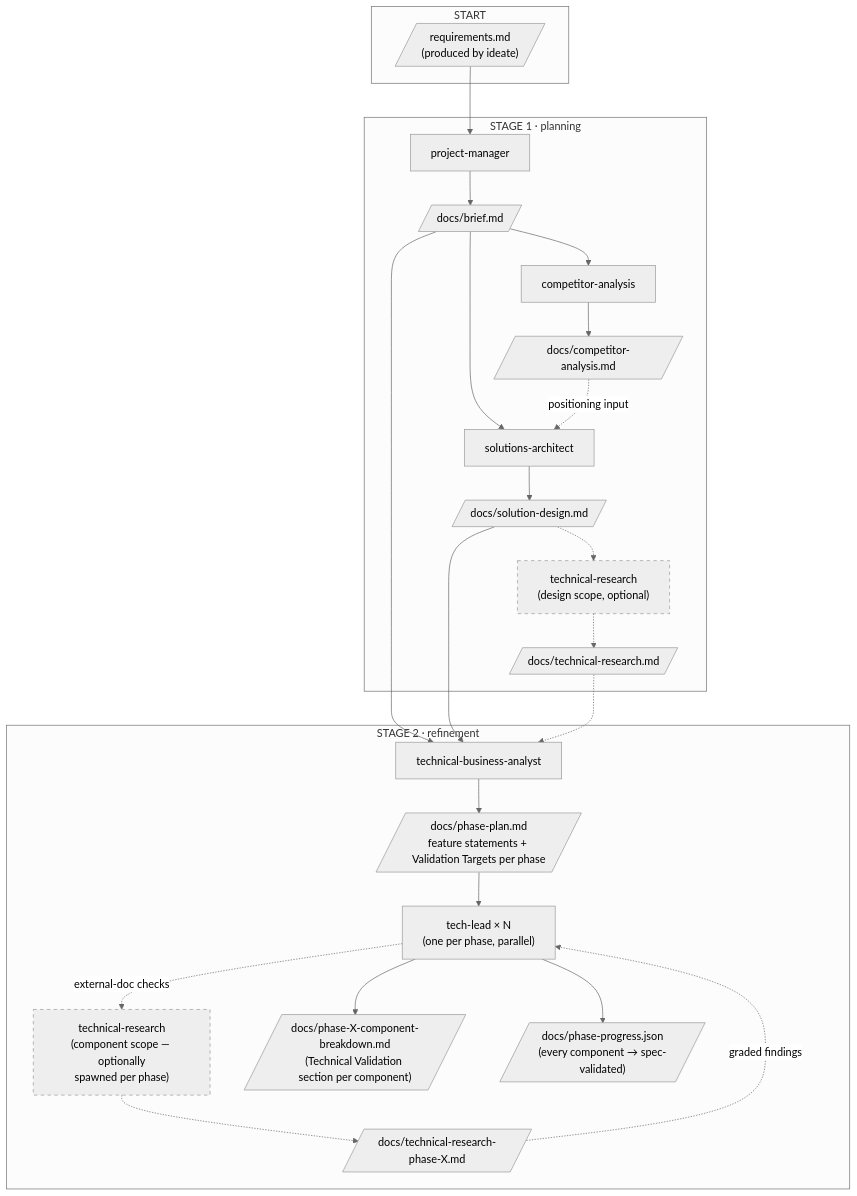
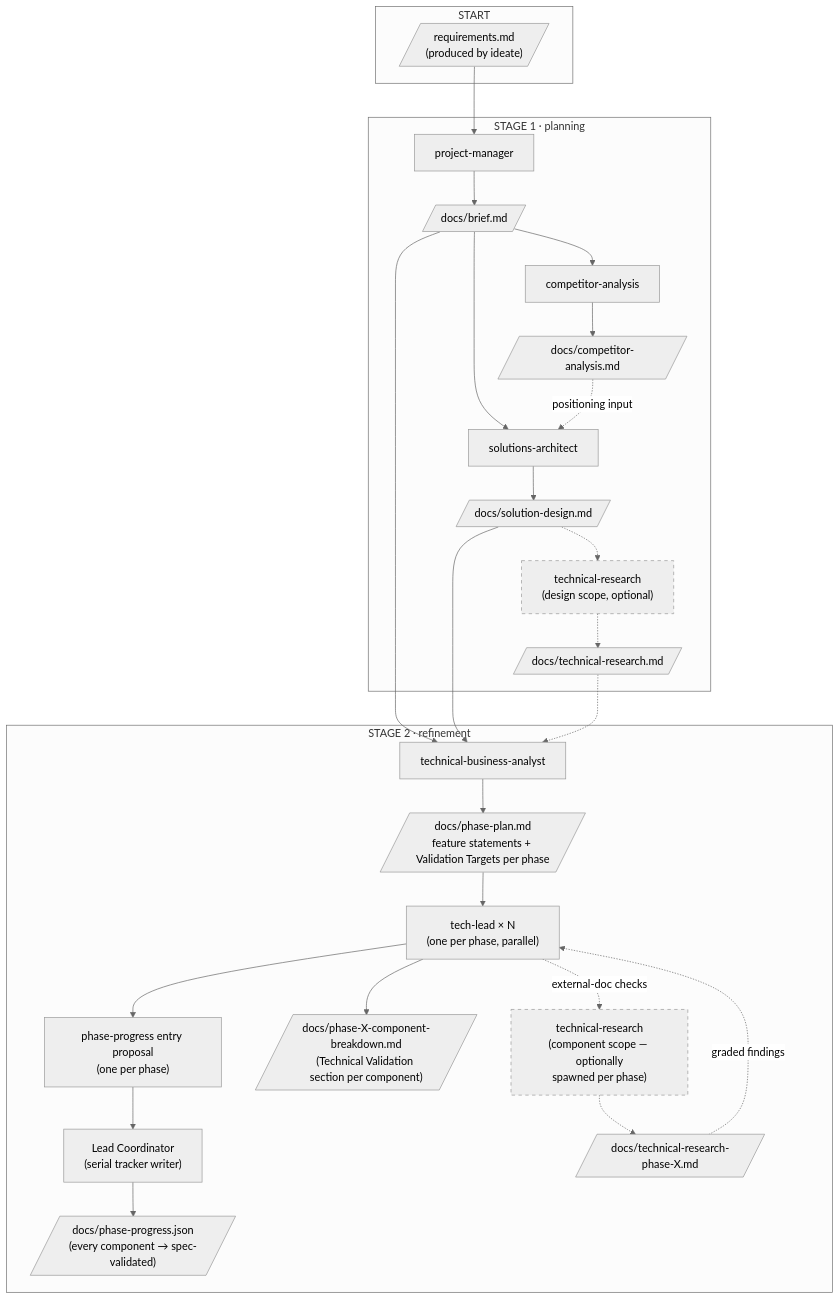
One commit to sjmeehan9/tycoon changed the fifth of 11 diagrams in supporting-files/AGENT_FLOWS.md. Above: the diagram before and after it, drawn with Mermaid (neutral theme). The commit also changed other lines of this file and 67 other files, not shown here.

````diff
--- a/supporting-files/AGENT_FLOWS.md
+++ b/supporting-files/AGENT_FLOWS.md
@@ -191,41 +200,43 @@
 ```mermaid
 flowchart TD
     subgraph StartB["START"]
         ReqsB[/"requirements.md<br/>(produced by ideate)"/]
     end
 
     subgraph Planning["STAGE 1 · planning"]
         PM[project-manager]
         CA2[competitor-analysis]
         SA[solutions-architect]
         PM --> Brief[/"docs/brief.md"/]
         Brief --> CA2
         Brief --> SA
         CA2 --> CAOut2[/"docs/competitor-analysis.md"/]
         SA --> SDOut[/"docs/solution-design.md"/]
         CAOut2 -.->|positioning input| SA
         SDOut -.-> TRD["technical-research<br/>(design scope, optional)"]
         TRD -.-> TRDoc[/"docs/technical-research.md"/]
     end
 
     subgraph Refinement["STAGE 2 · refinement"]
         TBA[technical-business-analyst]
         TL["tech-lead × N<br/>(one per phase, parallel)"]
         TRC["technical-research<br/>(component scope — optionally<br/>spawned per phase)"]
         TBA --> PP[/"docs/phase-plan.md<br/>feature statements + Validation Targets per phase"/]
         PP --> TL
         TL --> Breakdowns[/"docs/phase-X-component-breakdown.md<br/>(Technical Validation section per component)"/]
-        TL --> Progress[/"docs/phase-progress.json<br/>(every component → spec-validated)"/]
+        TL --> Proposal["phase-progress entry proposal<br/>(one per phase)"]
+        Proposal --> Coordinator["Lead Coordinator<br/>(serial tracker writer)"]
+        Coordinator --> Progress[/"docs/phase-progress.json<br/>(every component → spec-validated)"/]
         TL -.->|external-doc checks| TRC
         TRC -.-> TRPhase[/"docs/technical-research-phase-X.md"/]
         TRPhase -.->|graded findings| TL
     end
 
     ReqsB --> PM
     Brief --> TBA
     SDOut --> TBA
     TRDoc -.-> TBA
 
     style TRD stroke-dasharray: 5 5
     style TRC stroke-dasharray: 5 5
 ```
````
